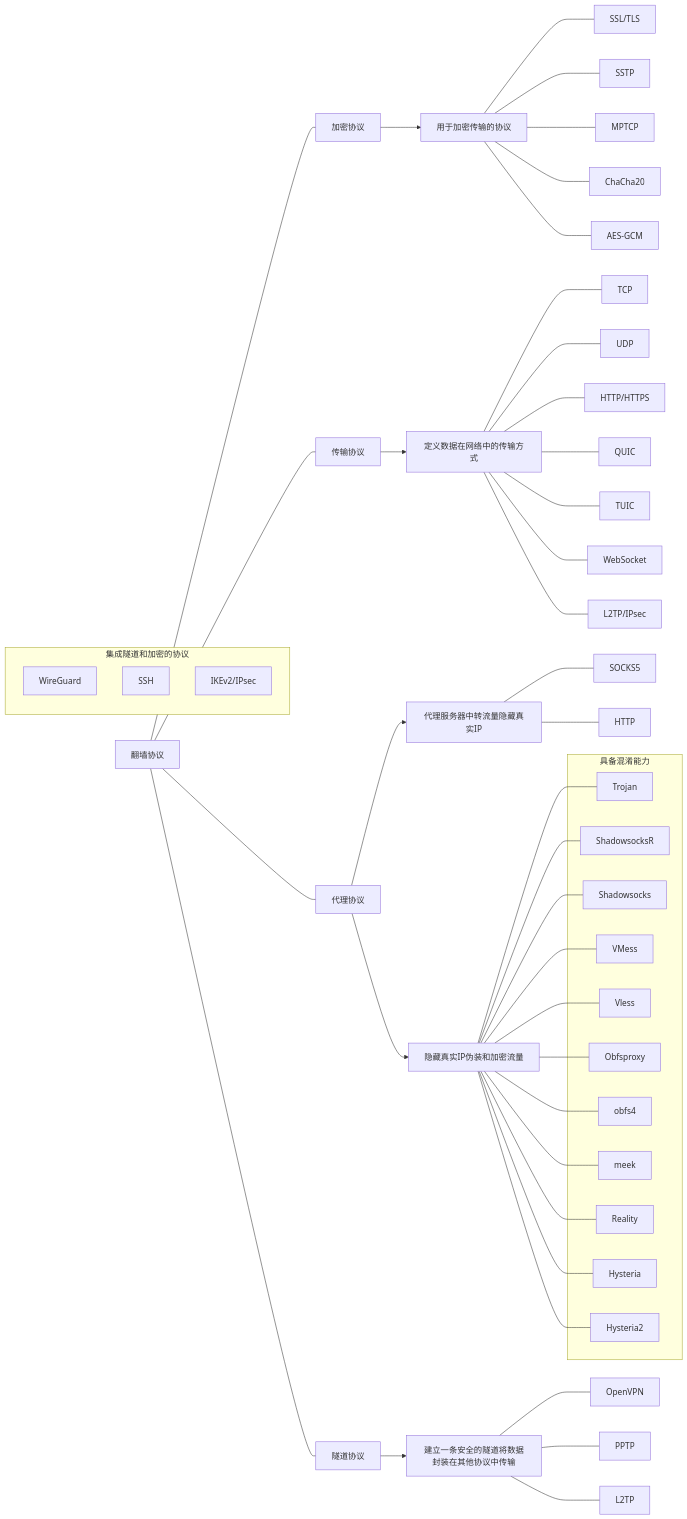
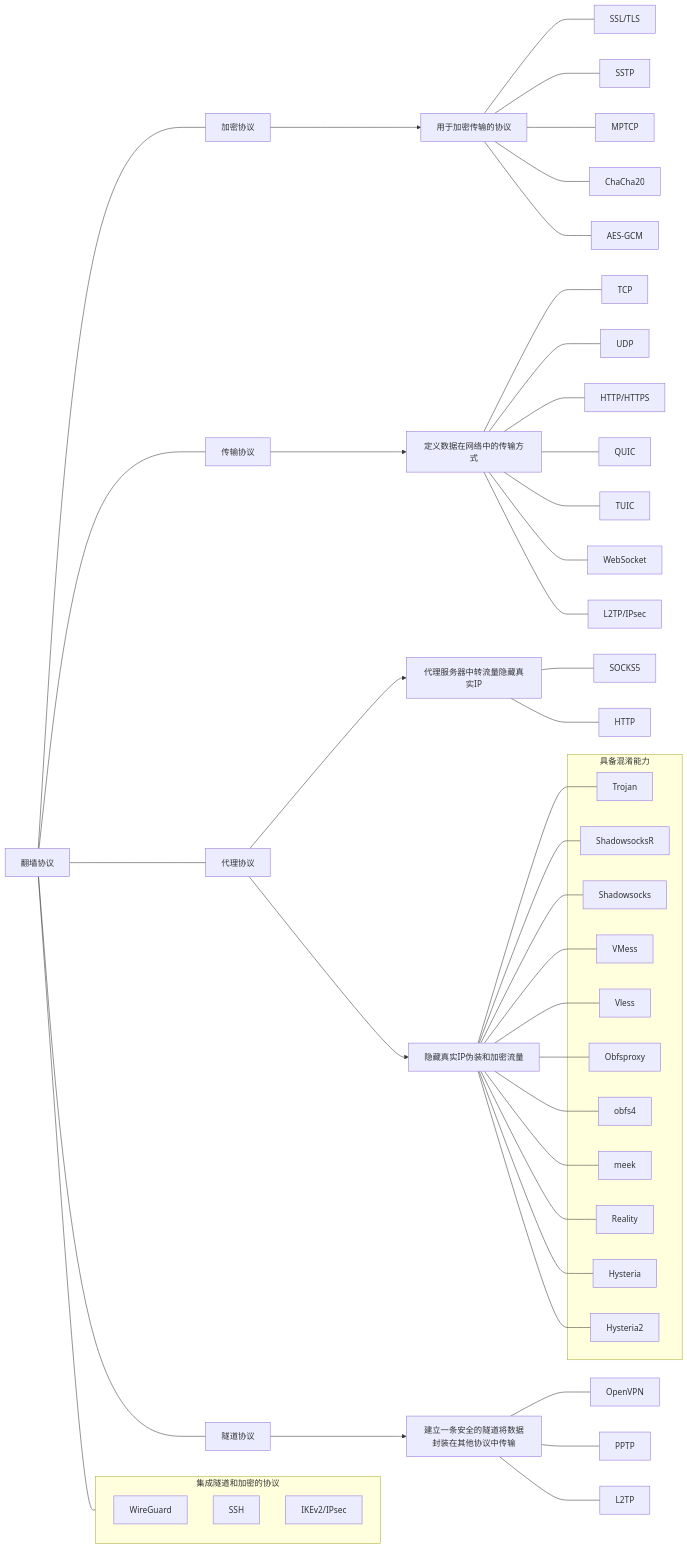
One commit to baib-web/flowershow changed the first of 3 diagrams in content/🛜科学上网/翻墙协议讲解.md. Above: the diagram before and after it, drawn with Mermaid.

Commit message:
Update content content/🛜科学上网/翻墙协议讲解.md

````diff
--- a/content/🛜科学上网/翻墙协议讲解.md
+++ b/content/🛜科学上网/翻墙协议讲解.md
@@ -108,4 +108,7 @@
 IKEv2/IPsec
 
 end
+
+翻墙协议 --- 集成隧道和加密的协议
+
 ```
````
